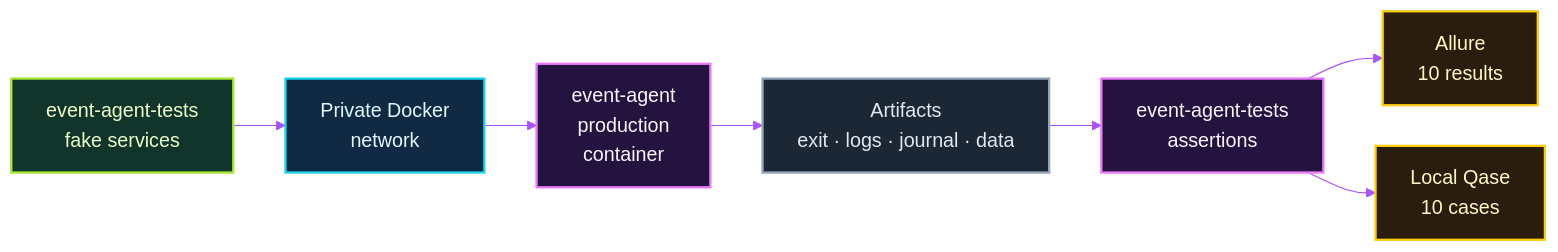
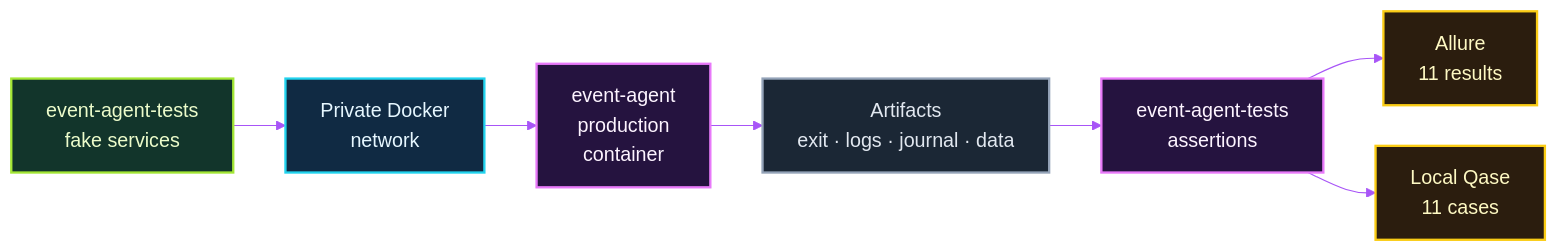
The second of 3 diagrams in docs/TESTING.md (michalmarczuk/event-agent), drawn with Mermaid before and after one commit. The commit also changed other lines of this file and 33 other files, not shown here.

Commit message:
Harden architecture, test infrastructure, and documentation

````diff
--- a/docs/TESTING.md
+++ b/docs/TESTING.md
@@ -92,21 +100,21 @@
 ```mermaid
 %%{init: {'theme': 'base', 'themeVariables': {'background': '#07111f', 'primaryColor': '#102a43', 'primaryTextColor': '#e6f7ff', 'primaryBorderColor': '#22d3ee', 'secondaryColor': '#25133f', 'tertiaryColor': '#12352b', 'lineColor': '#a855f7', 'fontFamily': 'ui-sans-serif, system-ui', 'fontSize': '17px'}, 'flowchart': {'nodeSpacing': 35, 'rankSpacing': 45}}}%%
 flowchart LR
     fake["event-agent-tests<br/>fake services"] --> network["Private Docker<br/>network"]
     network --> sut["event-agent<br/>production<br/>container"]
     sut --> artifacts["Artifacts<br/>exit · logs · journal · data"]
     artifacts --> assertions["event-agent-tests<br/>assertions"]
-    assertions --> allure["Allure<br/>10 results"]
-    assertions --> qase["Local Qase<br/>10 cases"]
+    assertions --> allure["Allure<br/>11 results"]
+    assertions --> qase["Local Qase<br/>11 cases"]
 
     classDef lime fill:#12352b,stroke:#a3e635,color:#ecfccb,stroke-width:2px;
     classDef boundary fill:#102a43,stroke:#22d3ee,color:#e6f7ff,stroke-width:2px;
     classDef violet fill:#25133f,stroke:#e879f9,color:#fdf4ff,stroke-width:2px;
     classDef artifact fill:#1b2735,stroke:#94a3b8,color:#e2e8f0,stroke-width:2px;
     classDef report fill:#2b1d0e,stroke:#facc15,color:#fef9c3,stroke-width:2px;
     class fake lime;
     class network boundary;
     class sut,assertions violet;
     class artifacts artifact;
     class allure,qase report;
 ```
````
